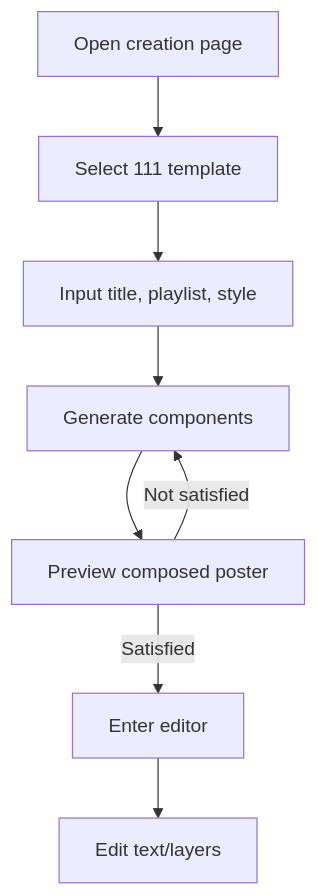
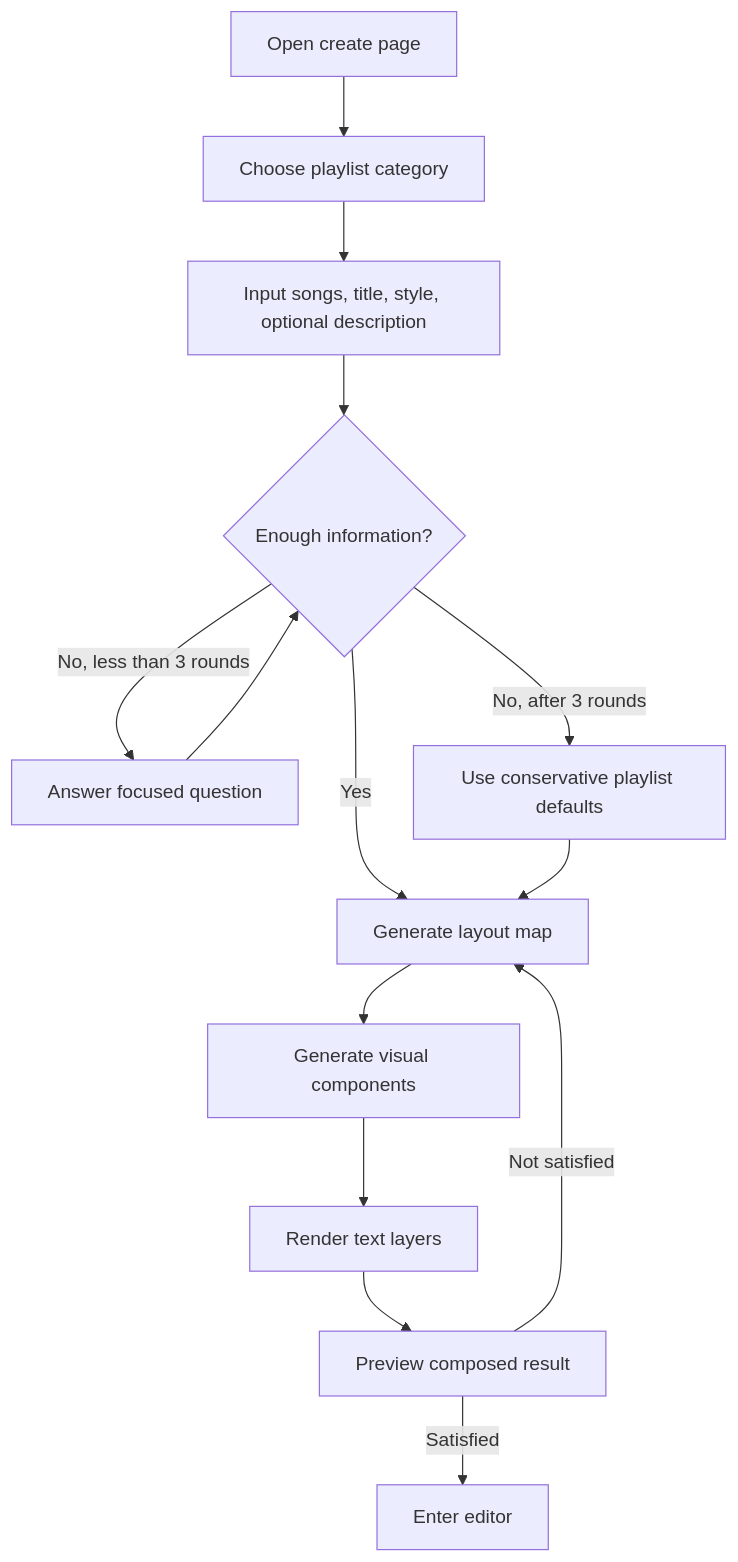
One commit to ZhangHJX/yutu changed the first of 2 diagrams in docs/prd-workspace/template-composition/08-review-ready-prd.md. Above: the diagram before and after it, drawn with Mermaid. The commit also changed other lines of this file, not shown here.

Commit message:
Rewrite PRD for category-driven generation

````diff
--- a/docs/prd-workspace/template-composition/08-review-ready-prd.md
+++ b/docs/prd-workspace/template-composition/08-review-ready-prd.md
@@ -73,10 +77,16 @@
 ```mermaid
 flowchart TD
-  A[Open creation page] --> B[Select 111 template]
-  B --> C[Input title, playlist, style]
-  C --> D[Generate components]
-  D --> E[Preview composed poster]
-  E -->|Not satisfied| D
-  E -->|Satisfied| F[Enter editor]
-  F --> G[Edit text/layers]
+  A[Open create page] --> B[Choose playlist category]
+  B --> C[Input songs, title, style, optional description]
+  C --> D{Enough information?}
+  D -->|No, less than 3 rounds| E[Answer focused question]
+  E --> D
+  D -->|No, after 3 rounds| F[Use conservative playlist defaults]
+  D -->|Yes| G[Generate layout map]
+  F --> G
+  G --> H[Generate visual components]
+  H --> I[Render text layers]
+  I --> J[Preview composed result]
+  J -->|Satisfied| K[Enter editor]
+  J -->|Not satisfied| G
 ```
````
